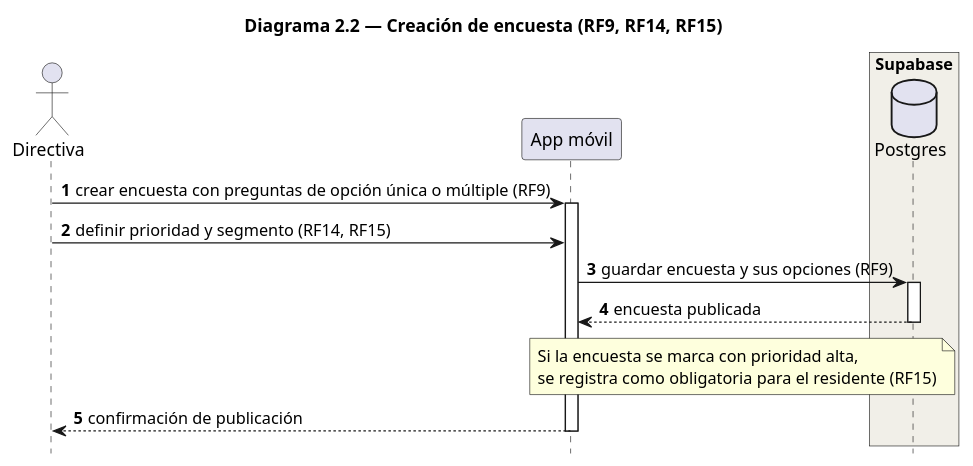
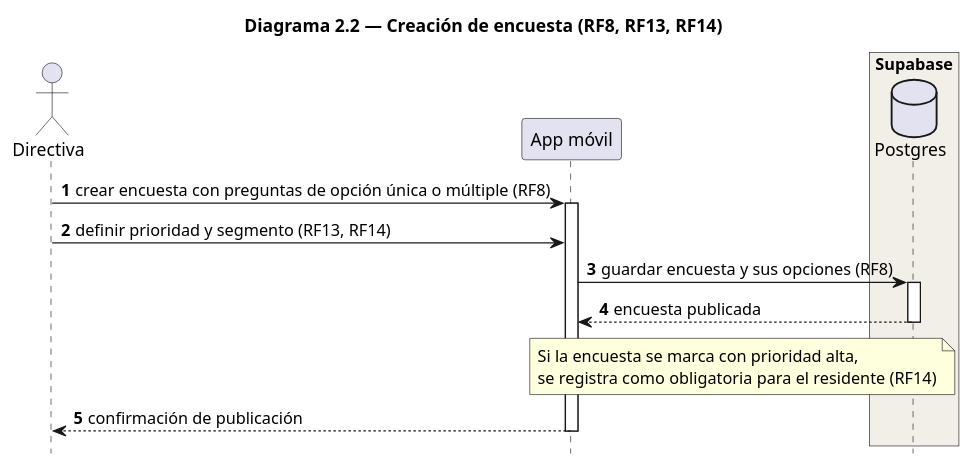
Before and after one commit to liusamfung/neighborgood-project: the diagram in docs/Arquitectura/secuencia/diagrama2_2_creacionEncuesta.puml, drawn with PlantUML. The commit also changed 10 other files, not shown here.

First line of the commit message:
Renumera los RF de 1 a 31 en los diagramas de secuencia

```diff
--- a/docs/Arquitectura/secuencia/diagrama2_2_creacionEncuesta.puml
+++ b/docs/Arquitectura/secuencia/diagrama2_2_creacionEncuesta.puml
@@ -1,29 +1,29 @@
 @startuml Diagrama2_2_CreacionEncuesta
-title Diagrama 2.2 — Creación de encuesta (RF9, RF14, RF15)
+title Diagrama 2.2 — Creación de encuesta (RF8, RF13, RF14)
 
 hide footbox
 autonumber
 
 actor "Directiva" as DIR
 participant "App móvil" as APP
 
 box "Supabase" #F1EFE8
     database "Postgres" as DB
 end box
 
-DIR -> APP : crear encuesta con preguntas de opción única o múltiple (RF9)
+DIR -> APP : crear encuesta con preguntas de opción única o múltiple (RF8)
 activate APP
-DIR -> APP : definir prioridad y segmento (RF14, RF15)
-APP -> DB : guardar encuesta y sus opciones (RF9)
+DIR -> APP : definir prioridad y segmento (RF13, RF14)
+APP -> DB : guardar encuesta y sus opciones (RF8)
 activate DB
 DB --> APP : encuesta publicada
 deactivate DB
 
 note over APP, DB
   Si la encuesta se marca con prioridad alta,
-  se registra como obligatoria para el residente (RF15)
+  se registra como obligatoria para el residente (RF14)
 end note
 
 APP --> DIR : confirmación de publicación
 deactivate APP
 @enduml
```
